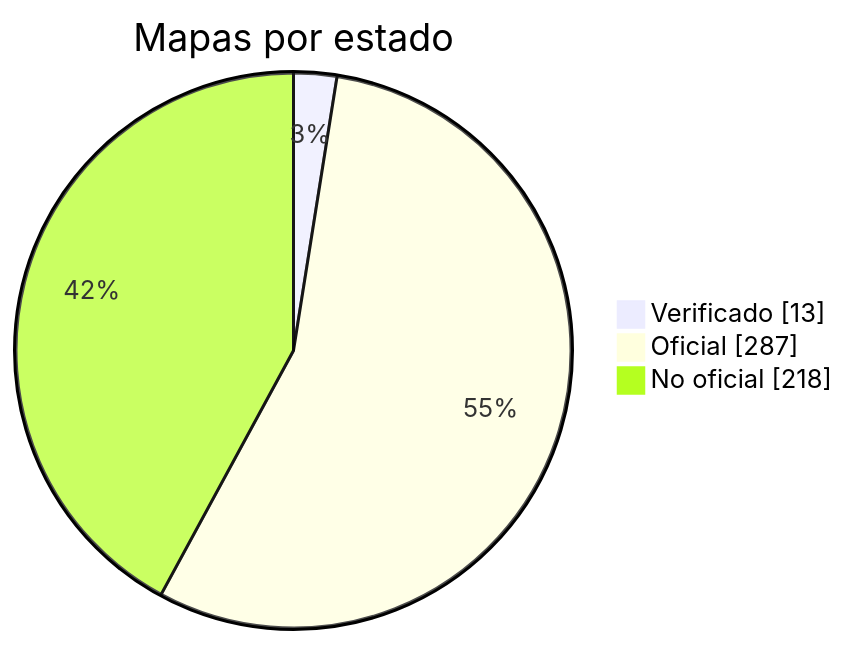
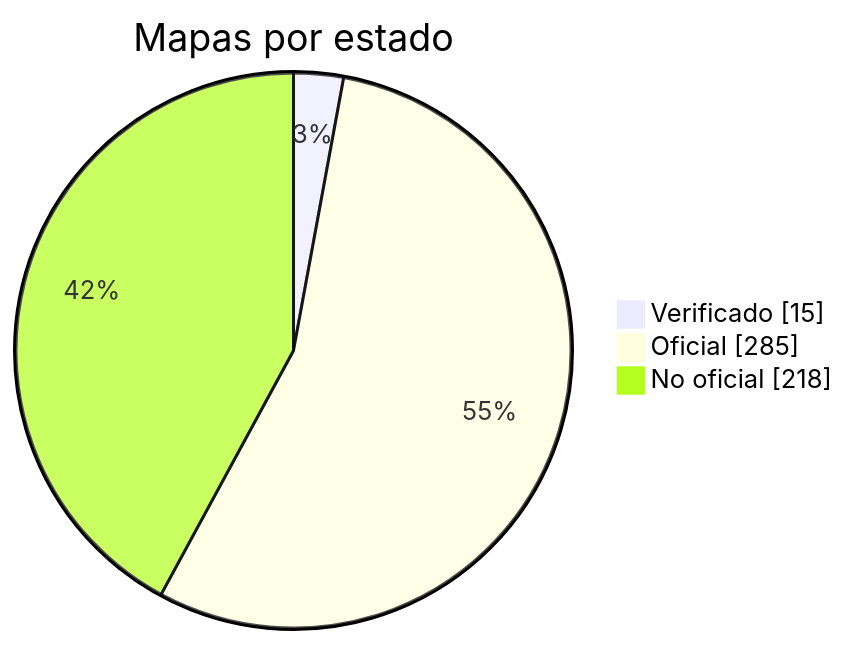
The diagram in docs/readme/README_ES.md (nobrega8/mbmap-library), drawn with Mermaid before and after one commit. The commit also changed 6 other files, not shown here.

````diff
--- a/docs/readme/README_ES.md
+++ b/docs/readme/README_ES.md
@@ -54,7 +54,7 @@
 ```mermaid
 pie showData
     title Mapas por estado
-    "Verificado" : 13
-    "Oficial" : 287
+    "Verificado" : 15
+    "Oficial" : 285
     "No oficial" : 218
 ```
````
